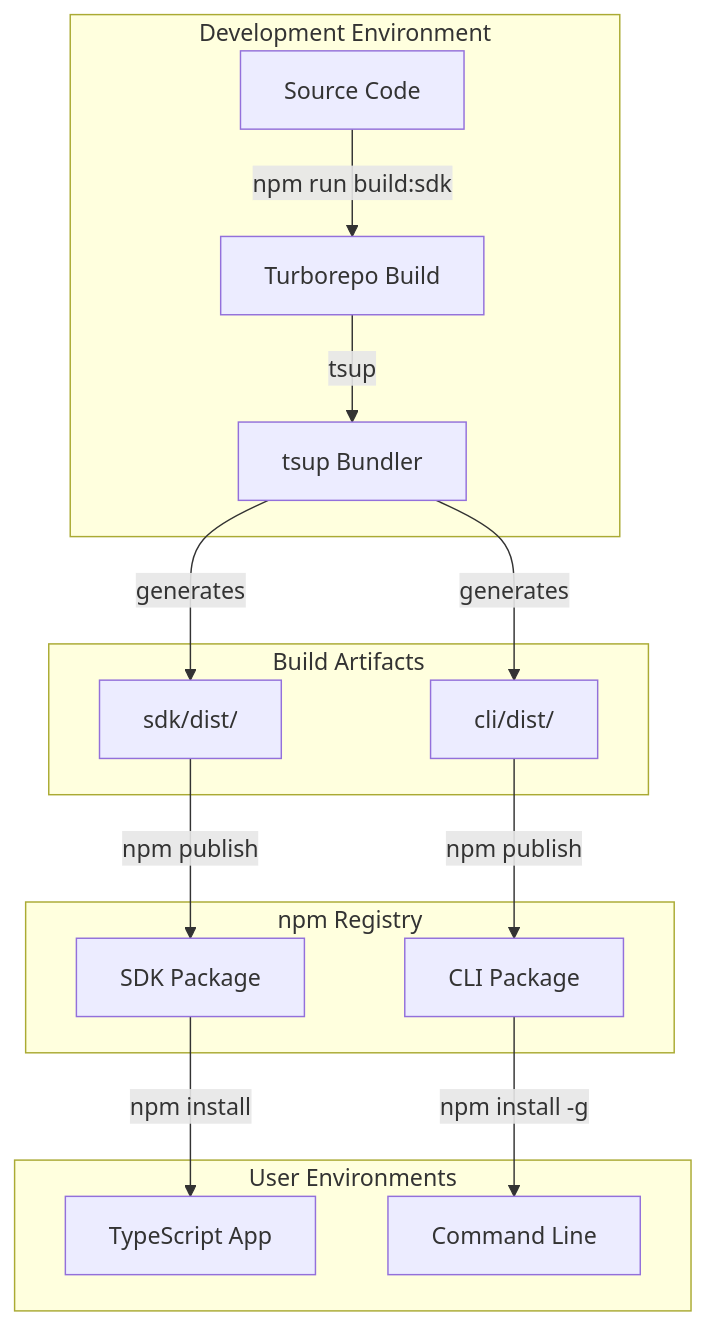
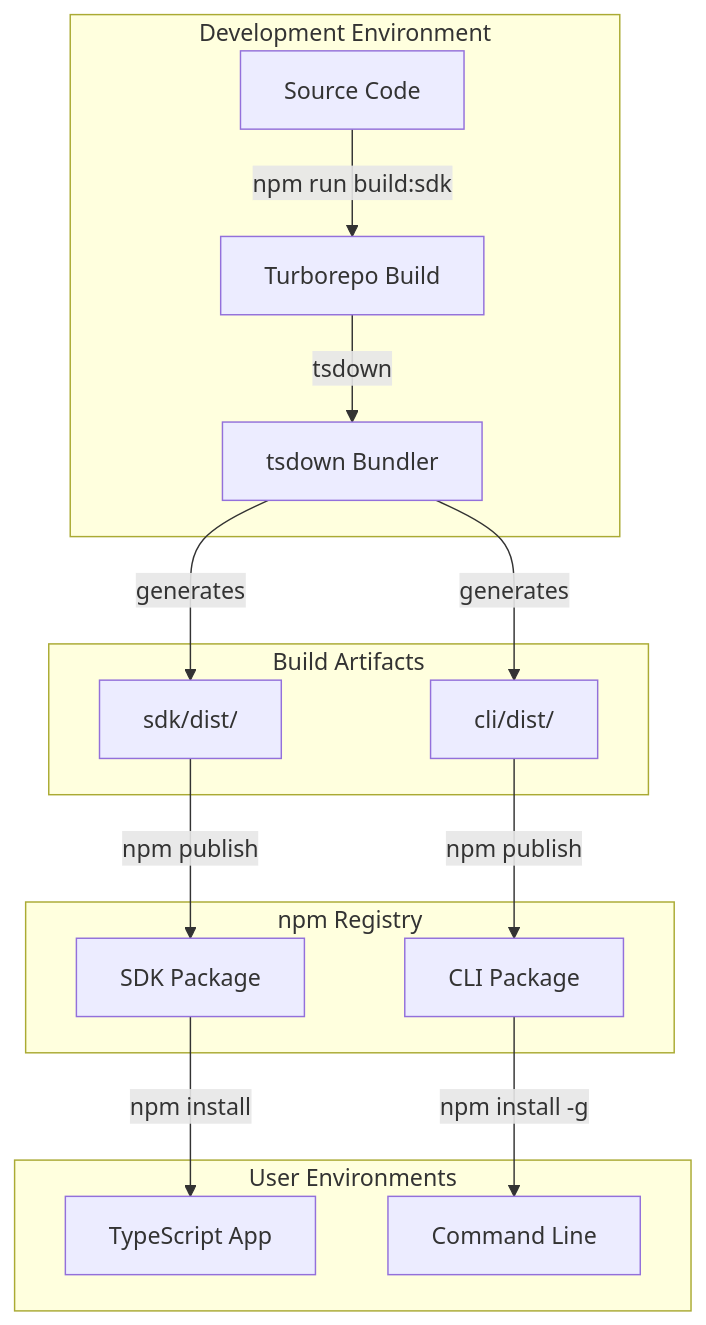
One commit to aignostics/typescript-sdk changed diagram 11 of 15 in docs/SOFTWARE_ARCHITECTURE.md. Above: the diagram before and after it, drawn with Mermaid. The commit also changed other lines of this file and 14 other files, not shown here.

First line of the commit message:
chore(build): migrate sdk and cli build tooling from tsup to tsdown

````diff
--- a/docs/SOFTWARE_ARCHITECTURE.md
+++ b/docs/SOFTWARE_ARCHITECTURE.md
@@ -539,34 +539,34 @@
 ```mermaid
 graph TB
     subgraph "Development Environment"
         CODE[Source Code]
         TURBO[Turborepo Build]
-        TSUP[tsup Bundler]
+        TSDOWN[tsdown Bundler]
     end
     
     subgraph "Build Artifacts"
         SDK_DIST[sdk/dist/]
         CLI_DIST[cli/dist/]
     end
     
     subgraph "npm Registry"
         SDK_PKG[SDK Package]
         CLI_PKG[CLI Package]
     end
     
     subgraph "User Environments"
         APP[TypeScript App]
         TERMINAL[Command Line]
     end
     
     CODE -->|npm run build:sdk| TURBO
-    TURBO -->|tsup| TSUP
-    TSUP -->|generates| SDK_DIST
-    TSUP -->|generates| CLI_DIST
+    TURBO -->|tsdown| TSDOWN
+    TSDOWN -->|generates| SDK_DIST
+    TSDOWN -->|generates| CLI_DIST
     
     SDK_DIST -->|npm publish| SDK_PKG
     CLI_DIST -->|npm publish| CLI_PKG
     
     SDK_PKG -->|npm install| APP
     CLI_PKG -->|npm install -g| TERMINAL
 ```
````
